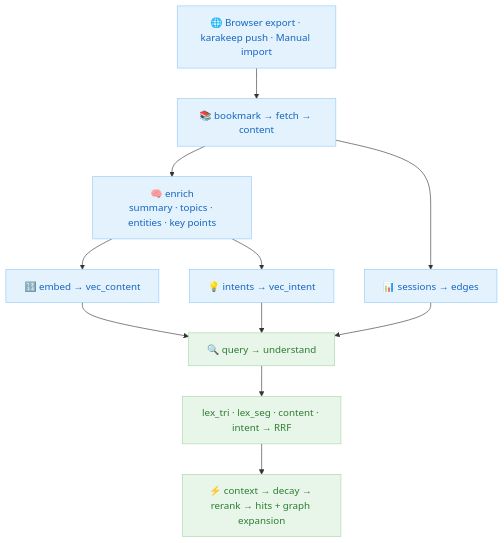
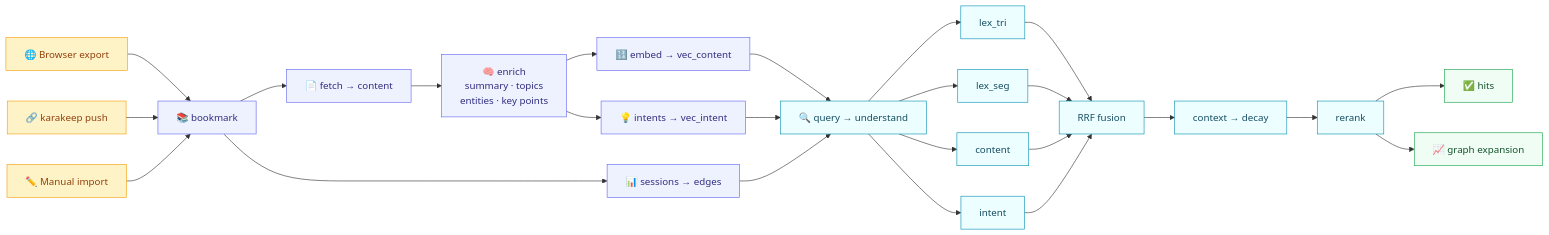
Before and after one commit to 88lin/facetmark: the diagram in README.md, drawn with Mermaid. The commit also changed 1 other file, not shown here.

Commit message:
docs: Mermaid 改为横向 flowchart LR，补全所有细节，配色对齐参考仓库

````diff
--- a/README.md
+++ b/README.md
@@ -63,19 +63,35 @@
 ```mermaid
-flowchart TB
-    A["🌐 Browser export · karakeep push · Manual import"]
-    A --> B["📚 bookmark → fetch → content"]
-    B --> C["🧠 enrich<br/>summary · topics · entities · key points"]
-    C --> D["🔢 embed → vec_content"]
-    C --> E["💡 intents → vec_intent"]
-    B --> F["📊 sessions → edges"]
-    D --> G["🔍 query → understand"]
-    E --> G
-    F --> G
-    G --> H["lex_tri · lex_seg · content · intent → RRF"]
-    H --> I["⚡ context → decay → rerank → hits + graph expansion"]
+flowchart LR
+    A1["🌐 Browser export"] --> B["📚 bookmark"]
+    A2["🔗 karakeep push"] --> B
+    A3["✏️ Manual import"] --> B
+    B --> C["📄 fetch → content"]
+    C --> D["🧠 enrich<br/>summary · topics<br/>entities · key points"]
+    D --> E["🔢 embed → vec_content"]
+    D --> F["💡 intents → vec_intent"]
+    B --> G["📊 sessions → edges"]
+    E --> H["🔍 query → understand"]
+    F --> H
+    G --> H
+    H --> I1["lex_tri"]
+    H --> I2["lex_seg"]
+    H --> I3["content"]
+    H --> I4["intent"]
+    I1 --> J["RRF fusion"]
+    I2 --> J
+    I3 --> J
+    I4 --> J
+    J --> K["context → decay"]
+    K --> L["rerank"]
+    L --> M["✅ hits"]
+    L --> N["📈 graph expansion"]
 
-    classDef index fill:#e3f2fd,stroke:#90caf9,color:#1565c0
-    classDef query fill:#e8f5e9,stroke:#a5d6a7,color:#2e7d32
-    class A,B,C,D,E,F index
-    class G,H,I query
+    classDef input fill:#fef3c7,stroke:#f59e0b,color:#92400e
+    classDef index fill:#eef2ff,stroke:#6366f1,color:#312e81
+    classDef query fill:#ecfeff,stroke:#0891b2,color:#164e63
+    classDef output fill:#f0fdf4,stroke:#16a34a,color:#14532d
+    class A1,A2,A3 input
+    class B,C,D,E,F,G index
+    class H,I1,I2,I3,I4,J,K,L query
+    class M,N output
 ```
````
